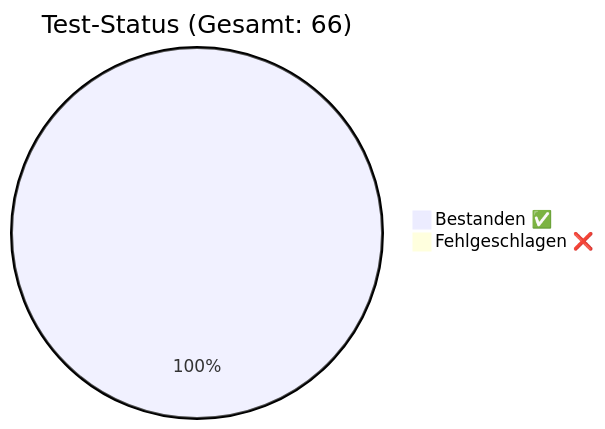
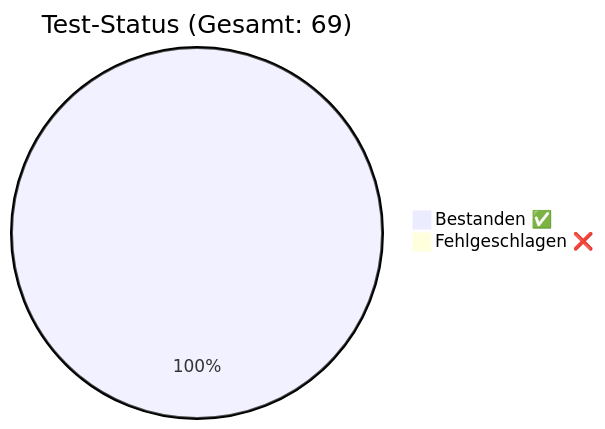
Before and after one commit to rorila/GCS: the diagram in docs/QA_Report.md, drawn with Mermaid. The commit also changed other lines of this file and 37 other files, not shown here.

````diff
--- a/docs/QA_Report.md
+++ b/docs/QA_Report.md
@@ -7,5 +7,5 @@
 ```mermaid
-pie title Test-Status (Gesamt: 66)
-    "Bestanden ✅" : 66
+pie title Test-Status (Gesamt: 69)
+    "Bestanden ✅" : 69
     "Fehlgeschlagen ❌" : 0
 ```
````
